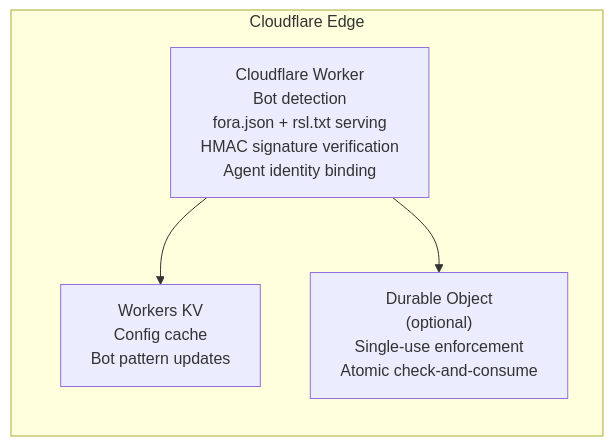
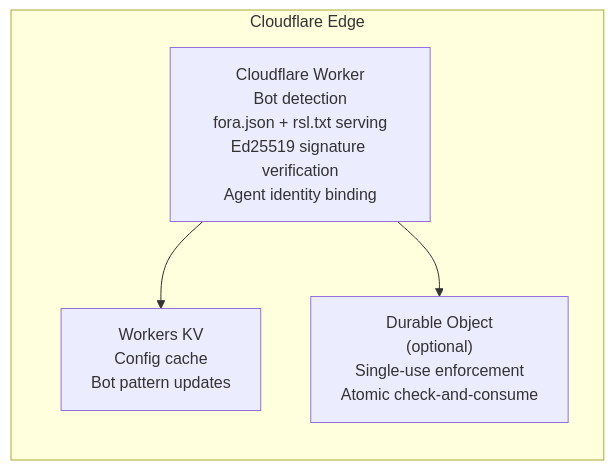
Before and after one commit to FORA-Protocol/protocol: the second of 3 diagrams in website/src/content/docs/components/edge-function/cdn-adapters.mdx, drawn with Mermaid. The commit also changed other lines of this file and 201 other files, not shown here.

````diff
--- a/website/src/content/docs/components/edge-function/cdn-adapters.mdx
+++ b/website/src/content/docs/components/edge-function/cdn-adapters.mdx
@@ -230,11 +227,11 @@
 ```mermaid
 graph LR
     subgraph "Cloudflare Edge"
-        WORKER["Cloudflare Worker<br/>Bot detection<br/>fora.json + rsl.txt serving<br/>HMAC signature verification<br/>Agent identity binding"]
+        WORKER["Cloudflare Worker<br/>Bot detection<br/>fora.json + rsl.txt serving<br/>Ed25519 signature verification<br/>Agent identity binding"]
         KV["Workers KV<br/>Config cache<br/>Bot pattern updates"]
         DO["Durable Object<br/>(optional)<br/>Single-use enforcement<br/>Atomic check-and-consume"]
     end
 
     WORKER --> KV
     WORKER --> DO
 ```
````
